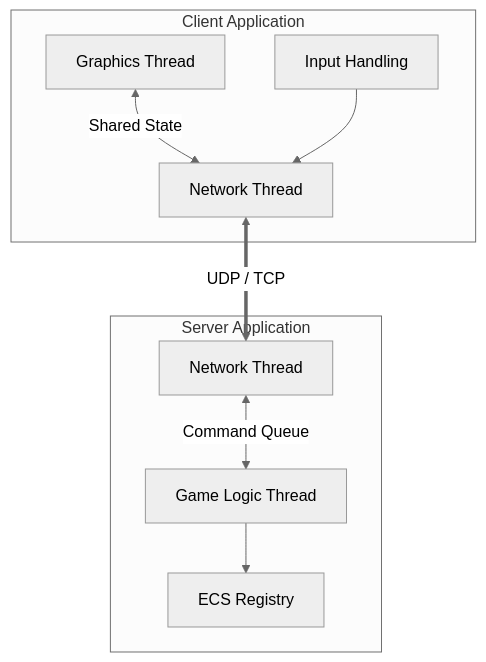
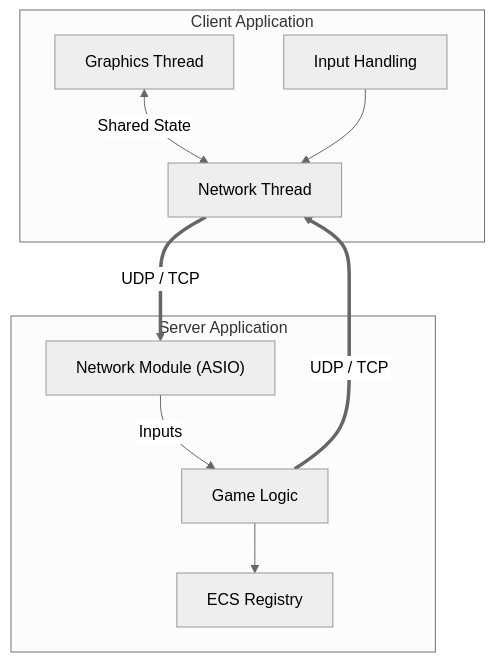
Before and after one commit to MatthieuGA/R_TYPE_J.A.M.E.S.: the first of 4 diagrams in docs/docs/architecture.md, drawn with Mermaid (neutral theme).

Commit message:
📝 [Architecture] Updates architecture diagram
#17

````diff
--- a/docs/docs/architecture.md
+++ b/docs/docs/architecture.md
@@ -21,22 +21,23 @@
 ```mermaid
 graph TD
     subgraph Client ["Client Application"]
         C_Net[Network Thread]
         C_Render[Graphics Thread]
         C_Input[Input Handling]
 
         C_Render <-->|Shared State| C_Net
         C_Input --> C_Net
     end
 
     subgraph Server ["Server Application"]
-        S_Net[Network Thread]
-        S_Logic[Game Logic Thread]
+        S_Net["Network Module (ASIO)"]
+        S_Logic[Game Logic]
         S_ECS[ECS Registry]
 
-        S_Net <-->|Command Queue| S_Logic
+        S_Net -->|Inputs| S_Logic
         S_Logic --> S_ECS
     end
 
-    C_Net <==>|UDP / TCP| S_Net
+    C_Net ==>|UDP / TCP| S_Net
+    S_Logic ==>|UDP / TCP| C_Net
 ```
````
